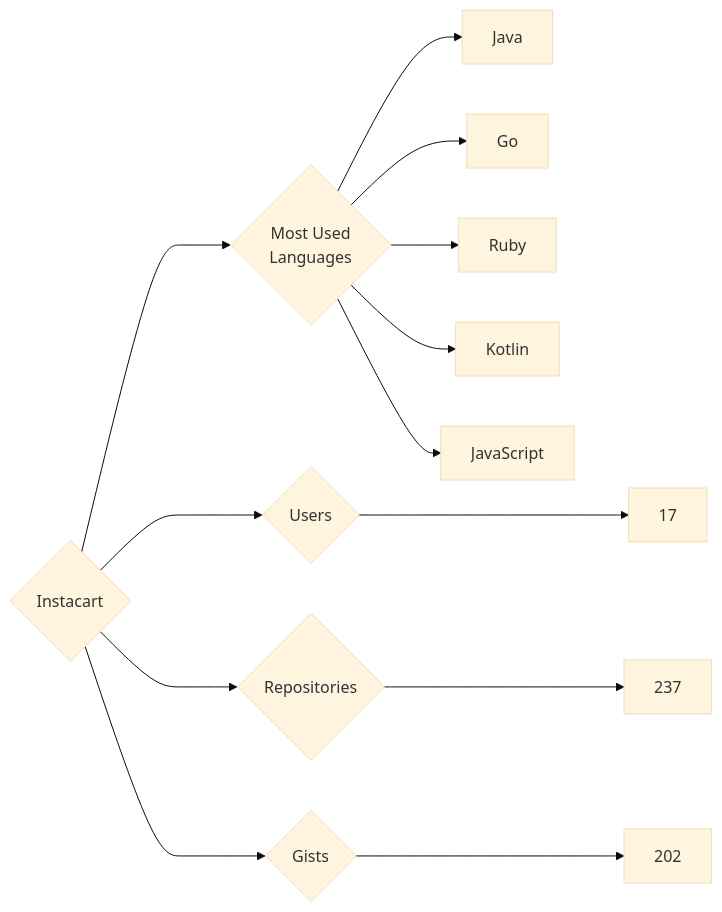
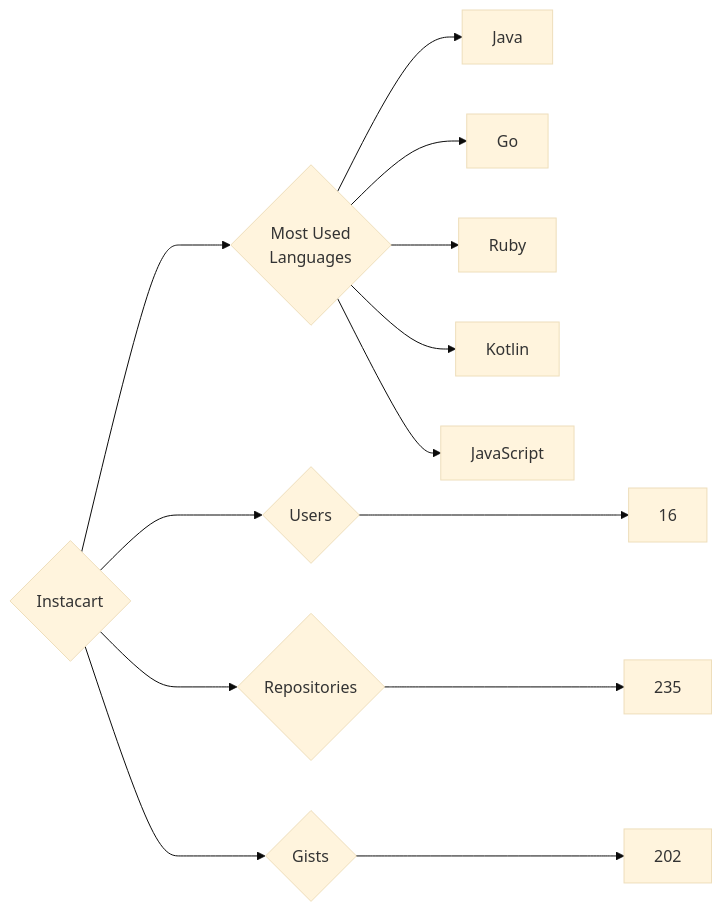
One commit to trickest/insiders changed the diagram in targets/Instacart/README.md. Above: the diagram before and after it, drawn with Mermaid (base theme). The commit also changed 720 other files, not shown here.

````diff
--- a/targets/Instacart/README.md
+++ b/targets/Instacart/README.md
@@ -3,13 +3,13 @@
 ```mermaid
 graph LR
 COMPANY_NAME{Instacart}
-COMPANY_NAME ---> U{Users} ---> UN[17]
-COMPANY_NAME ---> R{Repositories} ---> RN[237]
+COMPANY_NAME ---> U{Users} ---> UN[16]
+COMPANY_NAME ---> R{Repositories} ---> RN[235]
 COMPANY_NAME ---> G{Gists} ---> GN[202]
 COMPANY_NAME ---> ML{Most Used<br>Languages}
 ML --> Java[Java]
 ML --> Go[Go]
 ML --> Ruby[Ruby]
 ML --> Kotlin[Kotlin]
 ML --> JavaScript[JavaScript]
 ```
````
